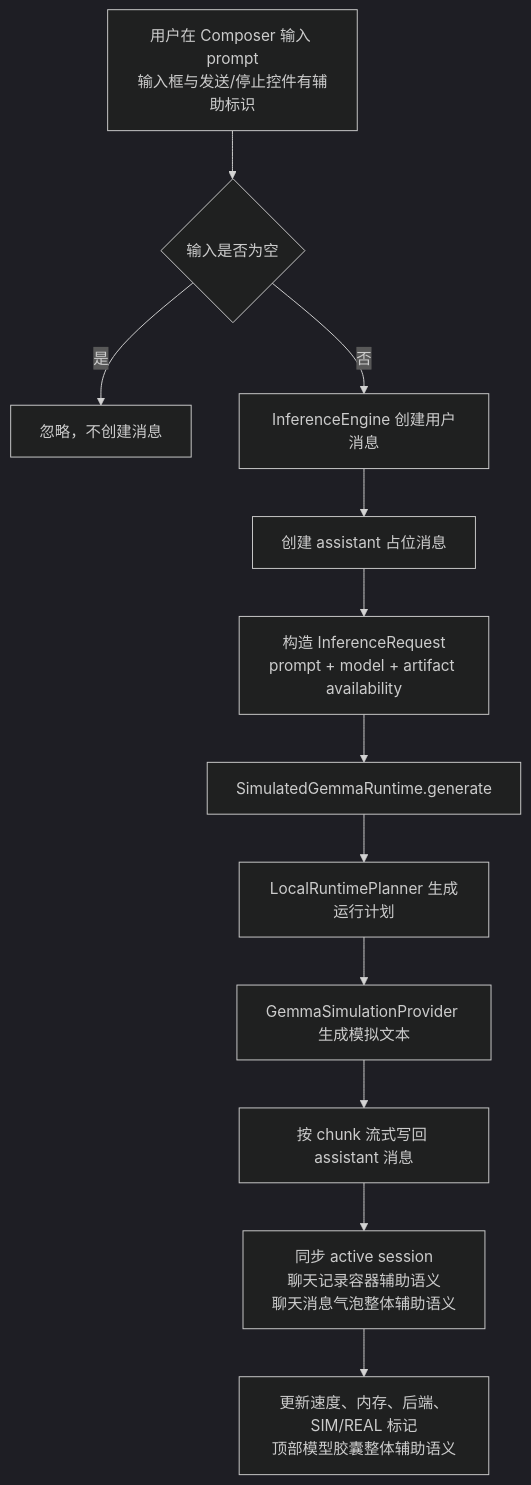
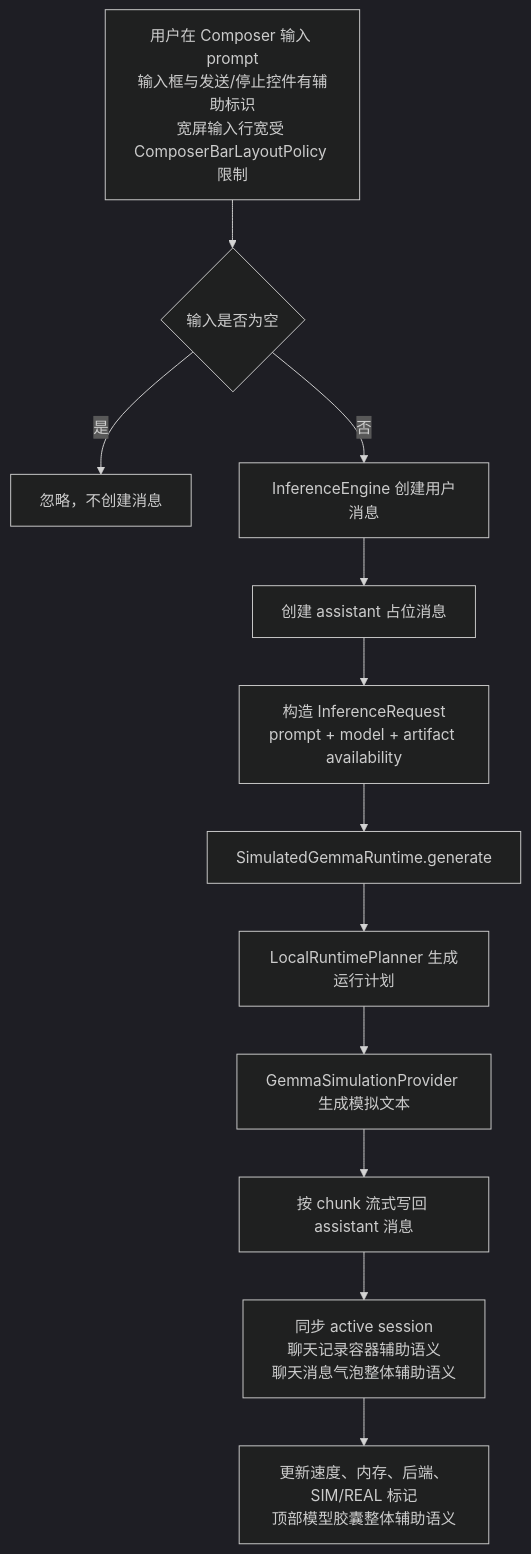
One commit to Altman-sam114/113 changed the third of 9 diagrams in md/flow/flowchart.md. Above: the diagram before and after it, drawn with Mermaid (dark theme). The commit also changed other lines of this file and 8 other files, not shown here.

````diff
--- a/md/flow/flowchart.md
+++ b/md/flow/flowchart.md
@@ -49,14 +49,14 @@
 ```mermaid
 flowchart TD
-    A[用户在 Composer 输入 prompt<br/>输入框与发送/停止控件有辅助标识] --> B{输入是否为空}
+    A[用户在 Composer 输入 prompt<br/>输入框与发送/停止控件有辅助标识<br/>宽屏输入行宽受 ComposerBarLayoutPolicy 限制] --> B{输入是否为空}
     B -- 是 --> C[忽略，不创建消息]
     B -- 否 --> D[InferenceEngine 创建用户消息]
     D --> E[创建 assistant 占位消息]
     E --> F[构造 InferenceRequest<br/>prompt + model + artifact availability]
     F --> G[SimulatedGemmaRuntime.generate]
     G --> H[LocalRuntimePlanner 生成运行计划]
     H --> I[GemmaSimulationProvider 生成模拟文本]
     I --> J[按 chunk 流式写回 assistant 消息]
     J --> K[同步 active session<br/>聊天记录容器辅助语义<br/>聊天消息气泡整体辅助语义]
     K --> L[更新速度、内存、后端、SIM/REAL 标记<br/>顶部模型胶囊整体辅助语义]
 ```
````
